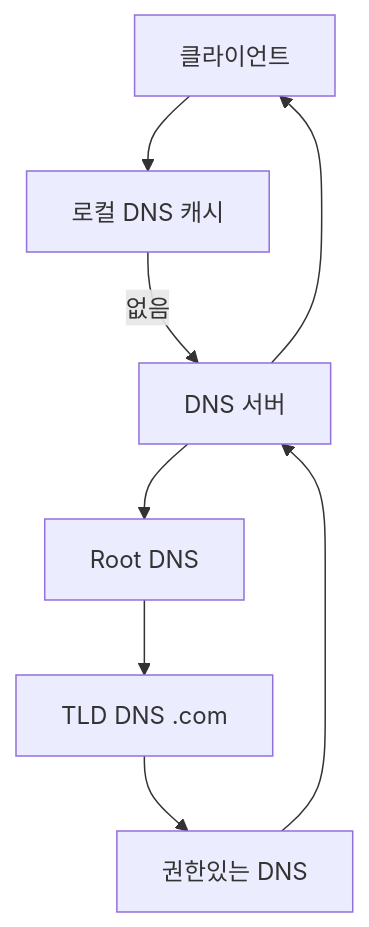
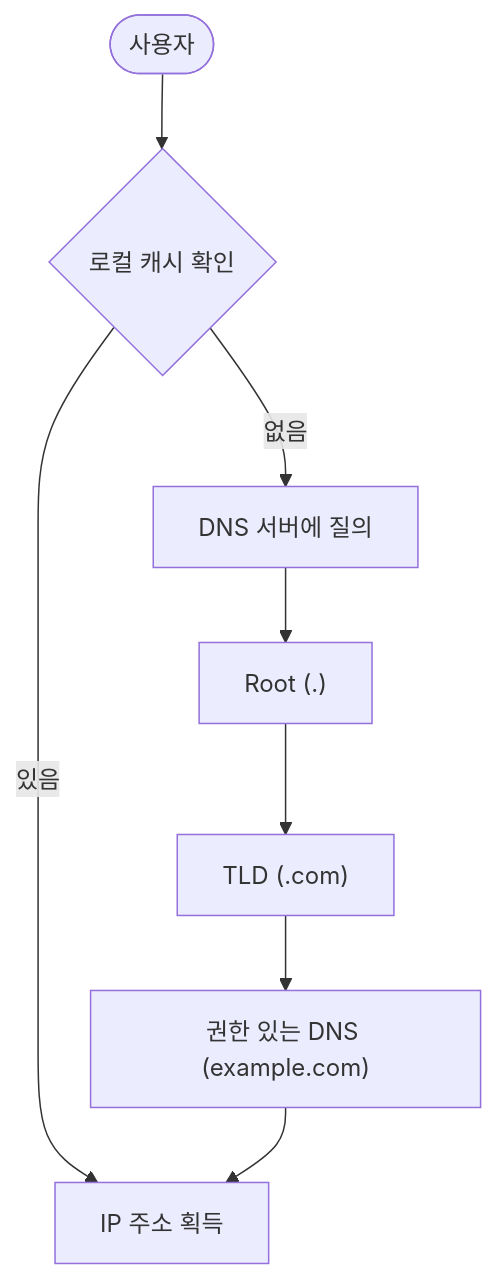
The first of 2 diagrams in _posts/linux/2025-10-22-DNS_study.md (HamaPr/HamaPr.github.io), drawn with Mermaid before and after one commit. The commit also changed other lines of this file and 94 other files, not shown here.

````diff
--- a/_posts/linux/2025-10-22-DNS_study.md
+++ b/_posts/linux/2025-10-22-DNS_study.md
@@ -22,10 +16,10 @@
 ```mermaid
 flowchart TD
-    Client[클라이언트] --> Local[로컬 DNS 캐시]
-    Local -- 없음 --> DNS[DNS 서버]
-    DNS --> Root[Root DNS]
-    Root --> TLD[TLD DNS .com]
-    TLD --> Auth[권한있는 DNS]
-    Auth --> DNS
-    DNS --> Client
+    User([사용자]) --> LocalCache{로컬 캐시 확인}
+    LocalCache -- 있음 --> IP[IP 주소 획득]
+    LocalCache -- 없음 --> Resolving["DNS 서버에 질의"]
+    Resolving --> Root["Root (.)"]
+    Root --> Top["TLD (.com)"]
+    Top --> Auth["권한 있는 DNS (example.com)"]
+    Auth --> IP
 ```
````
